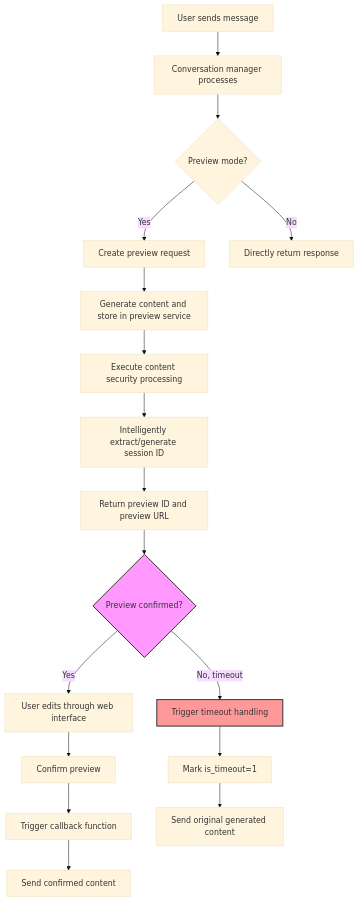
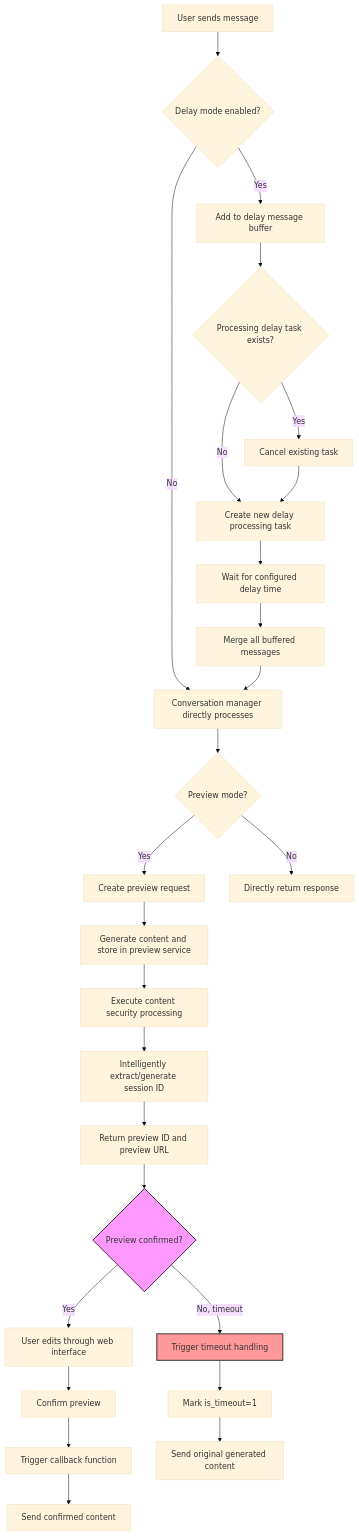
One commit to eogee/any4any changed the second of 4 diagrams in docs/ConversationManagementSystemDocumentation.md. Above: the diagram before and after it, drawn with Mermaid (base theme). The commit also changed other lines of this file and 1 other file, not shown here.

````diff
--- a/docs/ConversationManagementSystemDocumentation.md
+++ b/docs/ConversationManagementSystemDocumentation.md
@@ -92,24 +113,34 @@
 ```mermaid
 flowchart TD
-    A[User sends message] --> B[Conversation manager processes]
-    B --> C{Preview mode?}
-    C -->|Yes| D[Create preview request]
-    C -->|No| E[Directly return response]
-    D --> F[Generate content and store in preview service]
-    F --> G[Execute content security processing]
-    G --> H[Intelligently extract/generate session ID]
-    H --> I[Return preview ID and preview URL]
-    I --> J{Preview confirmed?}
+    A[User sends message] --> B{Delay mode enabled?}
+    B -->|Yes| C[Add to delay message buffer]
+    B -->|No| D[Conversation manager directly processes]
+    C --> E{Processing delay task exists?}
+    E -->|Yes| F[Cancel existing task]
+    E -->|No| G[Create new delay processing task]
+    F --> G
+    G --> H[Wait for configured delay time]
+    H --> I[Merge all buffered messages]
+    I --> D
     
-    J -->|Yes| K[User edits through web interface]
-    K --> L[Confirm preview]
-    L --> M[Trigger callback function]
-    M --> N[Send confirmed content]
+    D --> J{Preview mode?}
+    J -->|Yes| K[Create preview request]
+    J -->|No| L[Directly return response]
+    K --> M[Generate content and store in preview service]
+    M --> N[Execute content security processing]
+    N --> O[Intelligently extract/generate session ID]
+    O --> P[Return preview ID and preview URL]
+    P --> Q{Preview confirmed?}
     
-    J -->|No, timeout| O[Trigger timeout handling]
-    O --> P[Mark is_timeout=1]
-    P --> Q[Send original generated content]
+    Q -->|Yes| R[User edits through web interface]
+    R --> S[Confirm preview]
+    S --> T[Trigger callback function]
+    T --> U[Send confirmed content]
     
-    style J fill:#f9f,stroke:#333,stroke-width:2px
-    style O fill:#ff9999,stroke:#333,stroke-width:2px
+    Q -->|No, timeout| V[Trigger timeout handling]
+    V --> W[Mark is_timeout=1]
+    W --> X[Send original generated content]
+    
+    style Q fill:#f9f,stroke:#333,stroke-width:2px
+    style V fill:#ff9999,stroke:#333,stroke-width:2px
 ```
````
